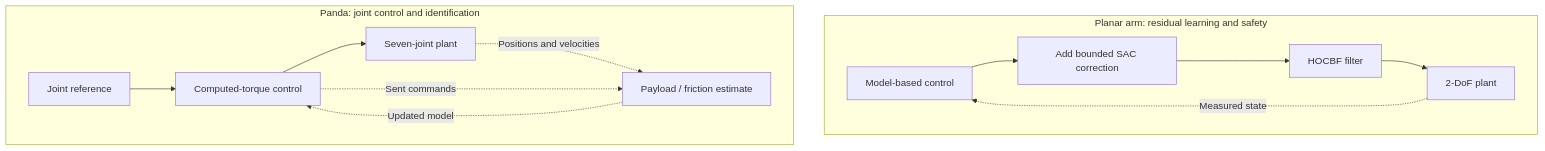
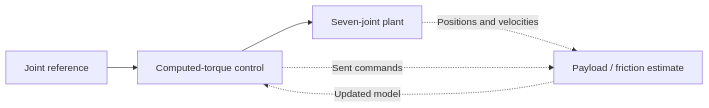
The second of 2 diagrams in README.md (andrealo20/SARRL), drawn with Mermaid before and after one commit. The commit also changed other lines of this file and 3 other files, not shown here.

Commit message:
Separate native control diagrams for readable labels

````diff
--- a/README.md
+++ b/README.md
@@ -70,18 +82,8 @@
 ```mermaid
-flowchart TB
-    subgraph planar["Planar arm: residual learning and safety"]
-        direction LR
-        nominal["Model-based control"] --> correction["Add bounded SAC correction"]
-        correction --> filter["HOCBF filter"]
-        filter --> arm["2-DoF plant"]
-        arm -. "Measured state" .-> nominal
-    end
-    subgraph panda["Panda: joint control and identification"]
-        direction LR
-        reference["Joint reference"] --> torque["Computed-torque control"]
-        torque --> robot["Seven-joint plant"]
-        robot -. "Positions and velocities" .-> estimate["Payload / friction estimate"]
-        torque -. "Sent commands" .-> estimate
-        estimate -. "Updated model" .-> torque
-    end
+flowchart LR
+    reference["Joint reference"] --> torque["Computed-torque control"]
+    torque --> robot["Seven-joint plant"]
+    robot -. "Positions and velocities" .-> estimate["Payload / friction estimate"]
+    torque -. "Sent commands" .-> estimate
+    estimate -. "Updated model" .-> torque
 ```
````
